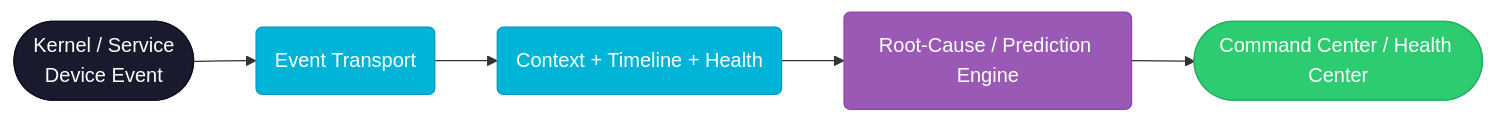
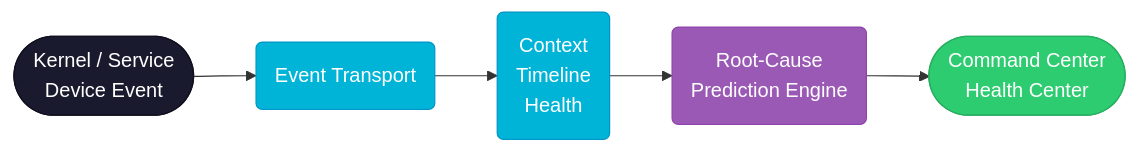
The second of 3 diagrams in AntOS-Technical-Documentation-A-Architecture.md (abalmalvez-lab/AntOS), drawn with Mermaid before and after one commit. The commit also changed other lines of this file, not shown here.

Commit message:
docs: narrow mermaid nodes (one item per line) to fit GitHub render width

````diff
--- a/AntOS-Technical-Documentation-A-Architecture.md
+++ b/AntOS-Technical-Documentation-A-Architecture.md
@@ -106,17 +106,17 @@
 ```mermaid
 %%{init: {"flowchart": {"useMaxWidth": true}}}%%
 flowchart LR
     classDef terminal fill:#1a1a2e,stroke:#0f0f1e,color:#fff
     classDef process fill:#00b4d8,stroke:#0096c7,color:#fff
     classDef engine fill:#9b59b6,stroke:#8e44ad,color:#fff
     classDef ui fill:#2ecc71,stroke:#27ae60,color:#fff
 
     evt([Kernel / Service<br/>Device Event]) --> transport(Event Transport)
-    transport --> ctx(Context + Timeline + Health)
-    ctx --> rca(Root-Cause / Prediction Engine)
-    rca --> cc([Command Center / Health Center])
+    transport --> ctx(Context<br/>Timeline<br/>Health)
+    ctx --> rca(Root-Cause<br/>Prediction Engine)
+    rca --> cc([Command Center<br/>Health Center])
     class evt terminal
     class transport,ctx process
     class rca engine
     class cc ui
 ```
````
